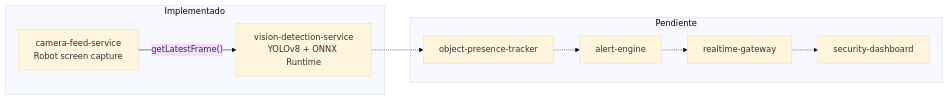
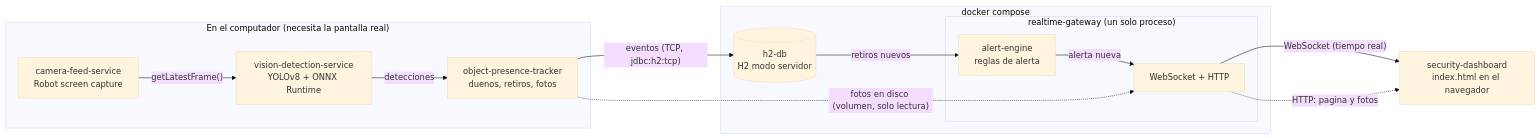
Before and after one commit to kevyn1005/Safemode-ARSW: the diagram in docs/diagramas/arquitectura-general.md, drawn with Mermaid (base theme). The commit also changed other lines of this file and 7 other files, not shown here.

First line of the commit message:
Agrega docker-compose para el gateway en tiempo real y la base de datos compartida

````diff
--- a/docs/diagramas/arquitectura-general.md
+++ b/docs/diagramas/arquitectura-general.md
@@ -3,19 +3,25 @@
 ```mermaid
 flowchart LR
-    subgraph Implementado
+    subgraph Computador["En el computador (necesita la pantalla real)"]
         CF[camera-feed-service<br/>Robot screen capture]
         VD[vision-detection-service<br/>YOLOv8 + ONNX Runtime]
+        OPT[object-presence-tracker<br/>duenos, retiros, fotos]
     end
-    subgraph Pendiente
-        OPT[object-presence-tracker]
-        AE[alert-engine]
-        RG[realtime-gateway]
-        SD[security-dashboard]
+    subgraph Docker["docker compose"]
+        DB[(h2-db<br/>H2 modo servidor)]
+        subgraph GW["realtime-gateway (un solo proceso)"]
+            AE[alert-engine<br/>reglas de alerta]
+            WS[WebSocket + HTTP]
+        end
     end
+    SD[security-dashboard<br/>index.html en el navegador]
 
     CF -- "getLatestFrame()" --> VD
-    VD -.-> OPT
-    OPT -.-> AE
-    AE -.-> RG
-    RG -.-> SD
+    VD -- "detecciones" --> OPT
+    OPT -- "eventos (TCP, jdbc:h2:tcp)" --> DB
+    DB -- "retiros nuevos" --> AE
+    AE -- "alerta nueva" --> WS
+    WS -- "WebSocket (tiempo real)" --> SD
+    WS -. "HTTP: pagina y fotos" .-> SD
+    OPT -. "fotos en disco (volumen, solo lectura)" .-> WS
 ```
````
